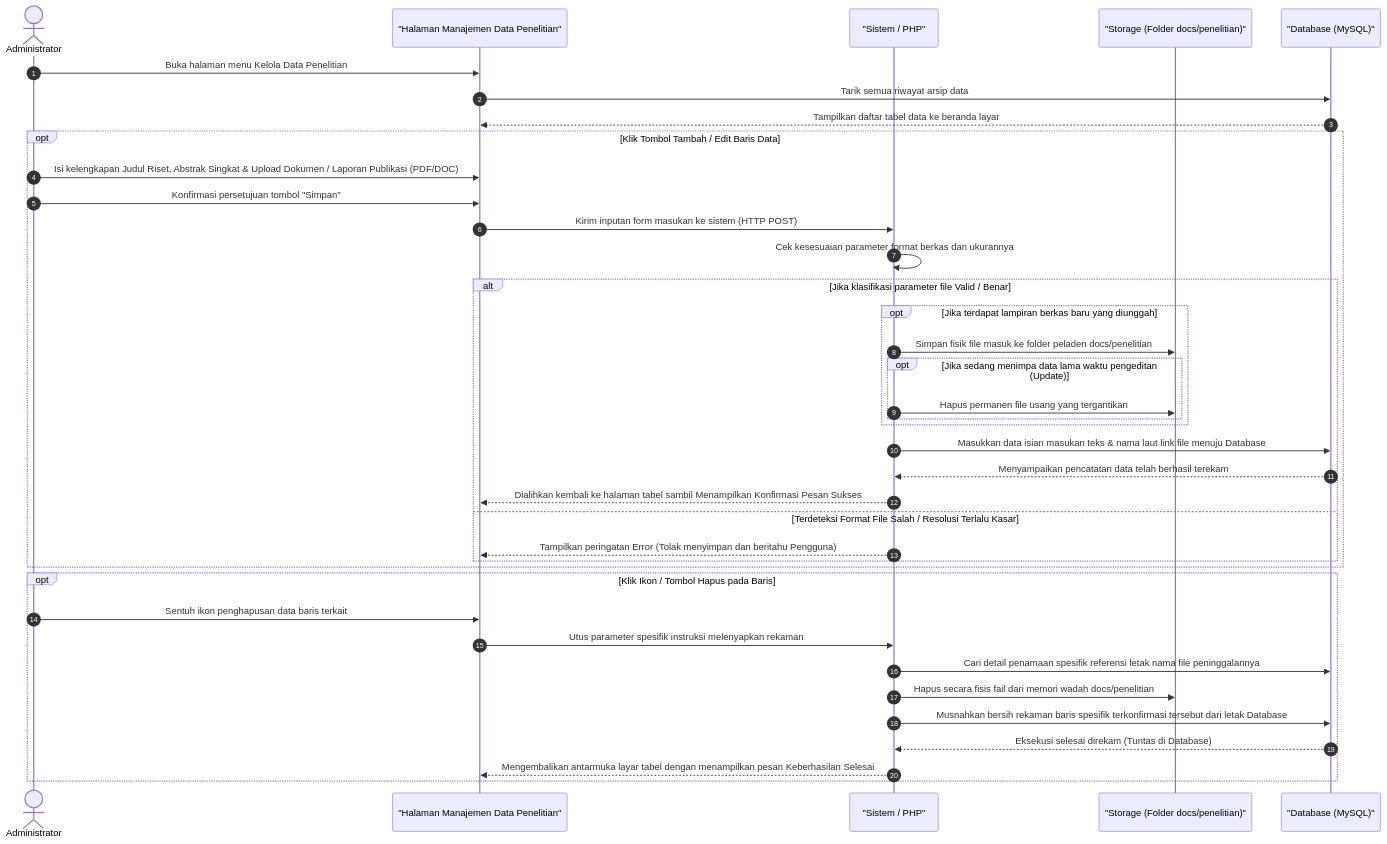
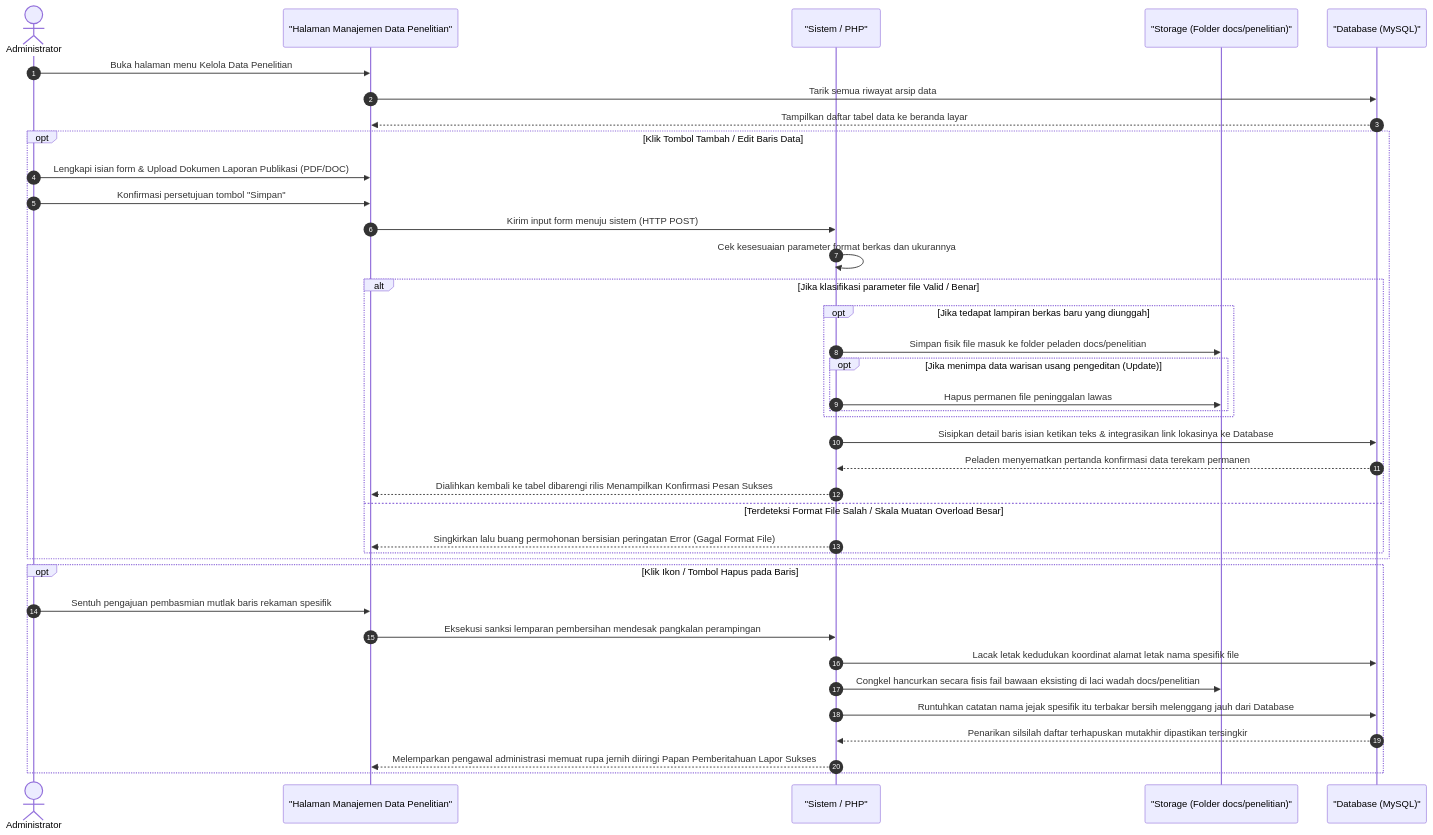
One commit to arbain-dev/Web_fikom changed the diagram in docs/sequence_diagram_admin_penelitian.md. Above: the diagram before and after it, drawn with Mermaid. The commit also changed other lines of this file and 18 other files, not shown here.

Commit message:
docs: mengubah format penjelasan sequence administrator dari list menjadi paragraf naratif

````diff
--- a/docs/sequence_diagram_admin_penelitian.md
+++ b/docs/sequence_diagram_admin_penelitian.md
@@ -29,48 +15,48 @@
 ```mermaid
 sequenceDiagram
     autonumber
     actor Admin as Administrator
     participant View as "Halaman Manajemen Data Penelitian"
     participant System as "Sistem / PHP"
     participant Server as "Storage (Folder docs/penelitian)"
     participant DB as "Database (MySQL)"
 
     Admin->>View: Buka halaman menu Kelola Data Penelitian
     View->>DB: Tarik semua riwayat arsip data
     DB-->>View: Tampilkan daftar tabel data ke beranda layar
 
     %% Proses Tambah / Edit
     opt Klik Tombol Tambah / Edit Baris Data
-        Admin->>View: Isi kelengkapan Judul Riset, Abstrak Singkat & Upload Dokumen / Laporan Publikasi (PDF/DOC)
+        Admin->>View: Lengkapi isian form & Upload Dokumen Laporan Publikasi (PDF/DOC)
         Admin->>View: Konfirmasi persetujuan tombol "Simpan"
-        View->>System: Kirim inputan form masukan ke sistem (HTTP POST)
+        View->>System: Kirim input form menuju sistem (HTTP POST)
 
         System->>System: Cek kesesuaian parameter format berkas dan ukurannya
         
         alt Jika klasifikasi parameter file Valid / Benar
-            opt Jika terdapat lampiran berkas baru yang diunggah
+            opt Jika tedapat lampiran berkas baru yang diunggah
                 System->>Server: Simpan fisik file masuk ke folder peladen docs/penelitian
-                opt Jika sedang menimpa data lama waktu pengeditan (Update)
-                    System->>Server: Hapus permanen file usang yang tergantikan
+                opt Jika menimpa data warisan usang pengeditan (Update)
+                    System->>Server: Hapus permanen file peninggalan lawas
                 end
             end
             
-            System->>DB: Masukkan data isian masukan teks & nama laut link file menuju Database
-            DB-->>System: Menyampaikan pencatatan data telah berhasil terekam
-            System-->>View: Dialihkan kembali ke halaman tabel sambil Menampilkan Konfirmasi Pesan Sukses
-        else Terdeteksi Format File Salah / Resolusi Terlalu Kasar
-            System-->>View: Tampilkan peringatan Error (Tolak menyimpan dan beritahu Pengguna)
+            System->>DB: Sisipkan detail baris isian ketikan teks & integrasikan link lokasinya ke Database
+            DB-->>System: Peladen menyematkan pertanda konfirmasi data terekam permanen
+            System-->>View: Dialihkan kembali ke tabel dibarengi rilis Menampilkan Konfirmasi Pesan Sukses
+        else Terdeteksi Format File Salah / Skala Muatan Overload Besar
+            System-->>View: Singkirkan lalu buang permohonan bersisian peringatan Error (Gagal Format File)
         end
     end
 
     %% Proses Hapus
     opt Klik Ikon / Tombol Hapus pada Baris
-        Admin->>View: Sentuh ikon penghapusan data baris terkait
-        View->>System: Utus parameter spesifik instruksi melenyapkan rekaman
-        System->>DB: Cari detail penamaan spesifik referensi letak nama file peninggalannya
-        System->>Server: Hapus secara fisis fail dari memori wadah docs/penelitian
-        System->>DB: Musnahkan bersih rekaman baris spesifik terkonfirmasi tersebut dari letak Database
-        DB-->>System: Eksekusi selesai direkam (Tuntas di Database)
-        System-->>View: Mengembalikan antarmuka layar tabel dengan menampilkan pesan Keberhasilan Selesai
+        Admin->>View: Sentuh pengajuan pembasmian mutlak baris rekaman spesifik
+        View->>System: Eksekusi sanksi lemparan pembersihan mendesak pangkalan perampingan
+        System->>DB: Lacak letak kedudukan koordinat alamat letak nama spesifik file 
+        System->>Server: Congkel hancurkan secara fisis fail bawaan eksisting di laci wadah docs/penelitian
+        System->>DB: Runtuhkan catatan nama jejak spesifik itu terbakar bersih melenggang jauh dari Database
+        DB-->>System: Penarikan silsilah daftar terhapuskan mutakhir dipastikan tersingkir
+        System-->>View: Melemparkan pengawal administrasi memuat rupa jernih diiringi Papan Pemberitahuan Lapor Sukses 
     end
 ```
````
